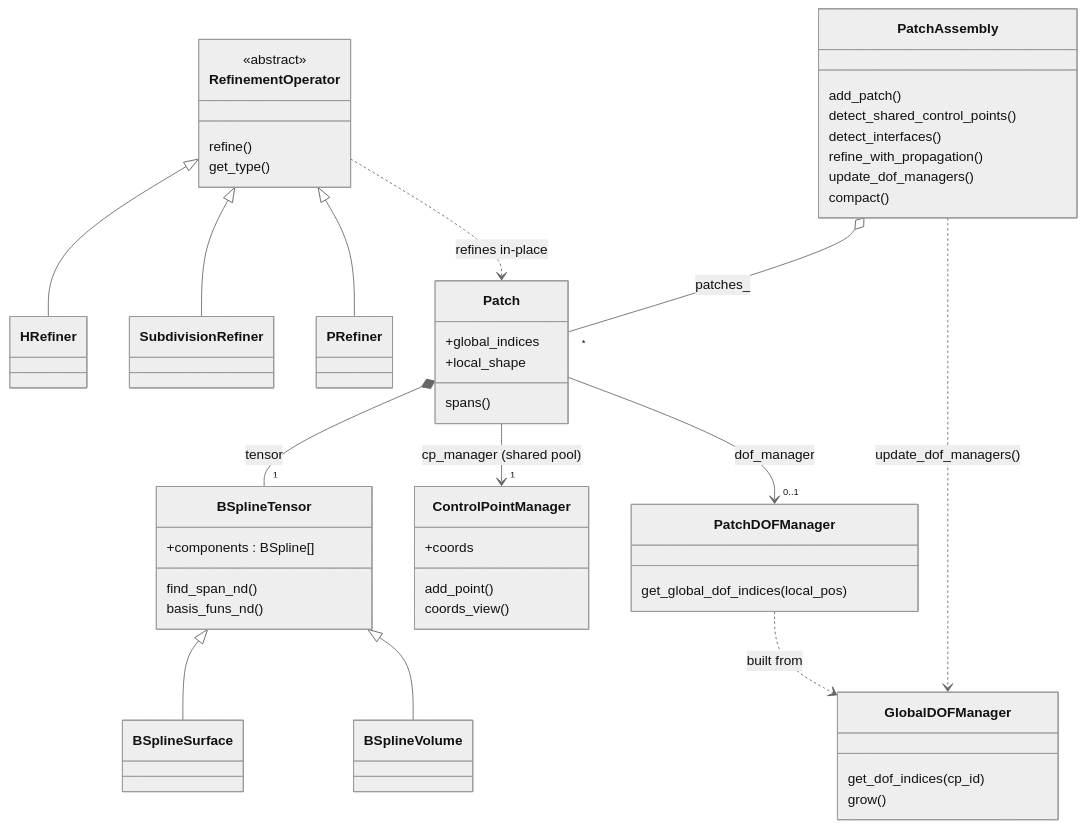
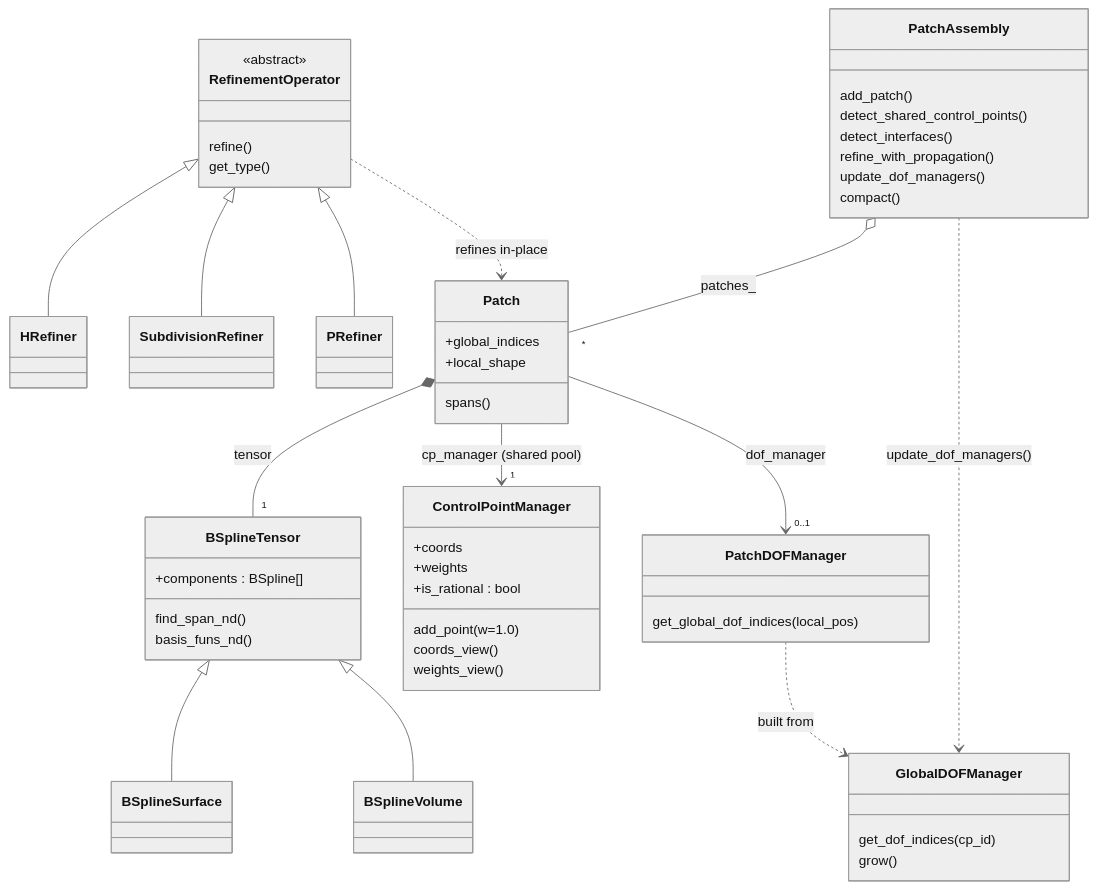
Before and after one commit to arnaudduval/yeti: the diagram in docs/source/future/design.rst, drawn with Mermaid (neutral theme). The commit also changed other lines of this file and 5 other files, not shown here.

```diff
--- a/docs/source/future/design.rst
+++ b/docs/source/future/design.rst
@@ -34,60 +34,63 @@
 .. mermaid::
 
     classDiagram
         class BSplineTensor {
             +components : BSpline[]
             find_span_nd()
             basis_funs_nd()
         }
         class BSplineSurface
         class BSplineVolume
         BSplineTensor <|-- BSplineSurface
         BSplineTensor <|-- BSplineVolume
 
         class ControlPointManager {
             +coords
-            add_point()
+            +weights
+            +is_rational : bool
+            add_point(w=1.0)
             coords_view()
+            weights_view()
         }
 
         class Patch {
             +global_indices
             +local_shape
             spans()
         }
         Patch *-- "1" BSplineTensor : tensor
         Patch --> "1" ControlPointManager : cp_manager (shared pool)
         Patch --> "0..1" PatchDOFManager : dof_manager
 
         class GlobalDOFManager {
             get_dof_indices(cp_id)
             grow()
         }
         class PatchDOFManager {
             get_global_dof_indices(local_pos)
         }
         PatchDOFManager ..> GlobalDOFManager : built from
 
         class RefinementOperator {
             <<abstract>>
             refine()
             get_type()
         }
         class HRefiner
         class SubdivisionRefiner
         class PRefiner
         RefinementOperator <|-- HRefiner
         RefinementOperator <|-- SubdivisionRefiner
         RefinementOperator <|-- PRefiner
         RefinementOperator ..> Patch : refines in-place
 
         class PatchAssembly {
             add_patch()
             detect_shared_control_points()
             detect_interfaces()
             refine_with_propagation()
             update_dof_managers()
             compact()
         }
         PatchAssembly o-- "*" Patch : patches_
         PatchAssembly ..> GlobalDOFManager : update_dof_managers()
```
